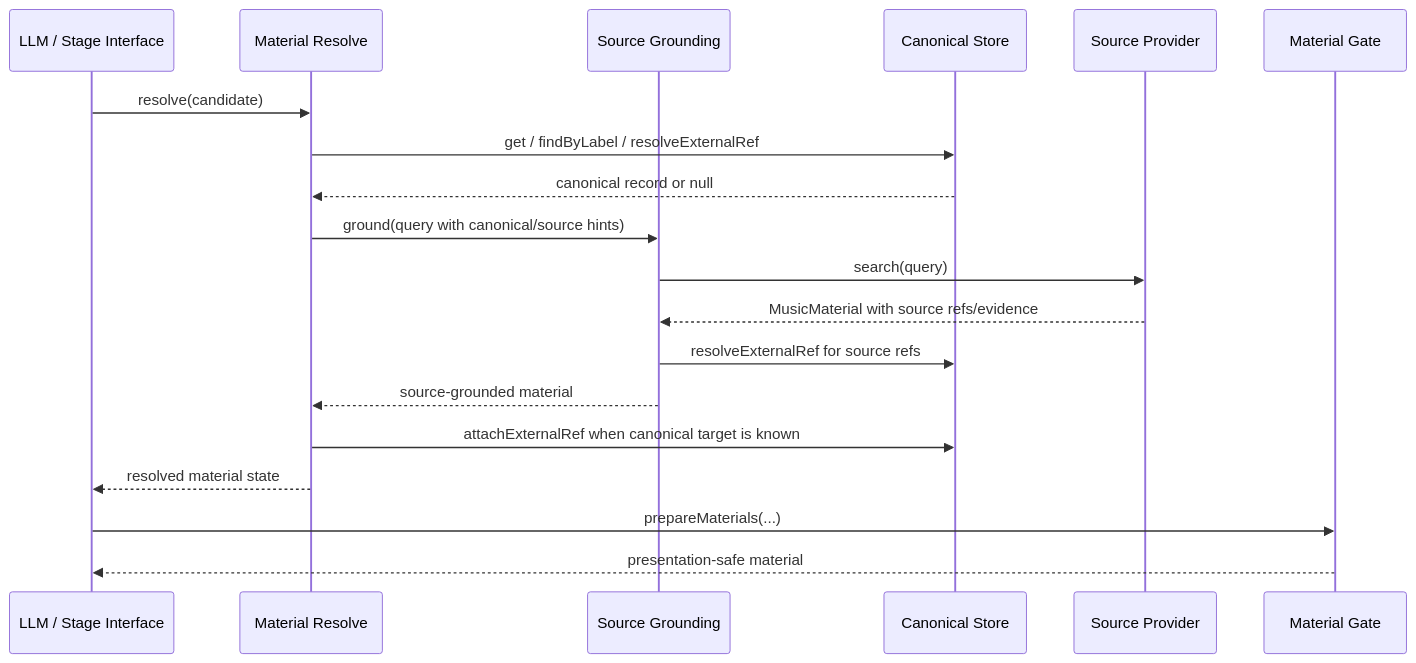
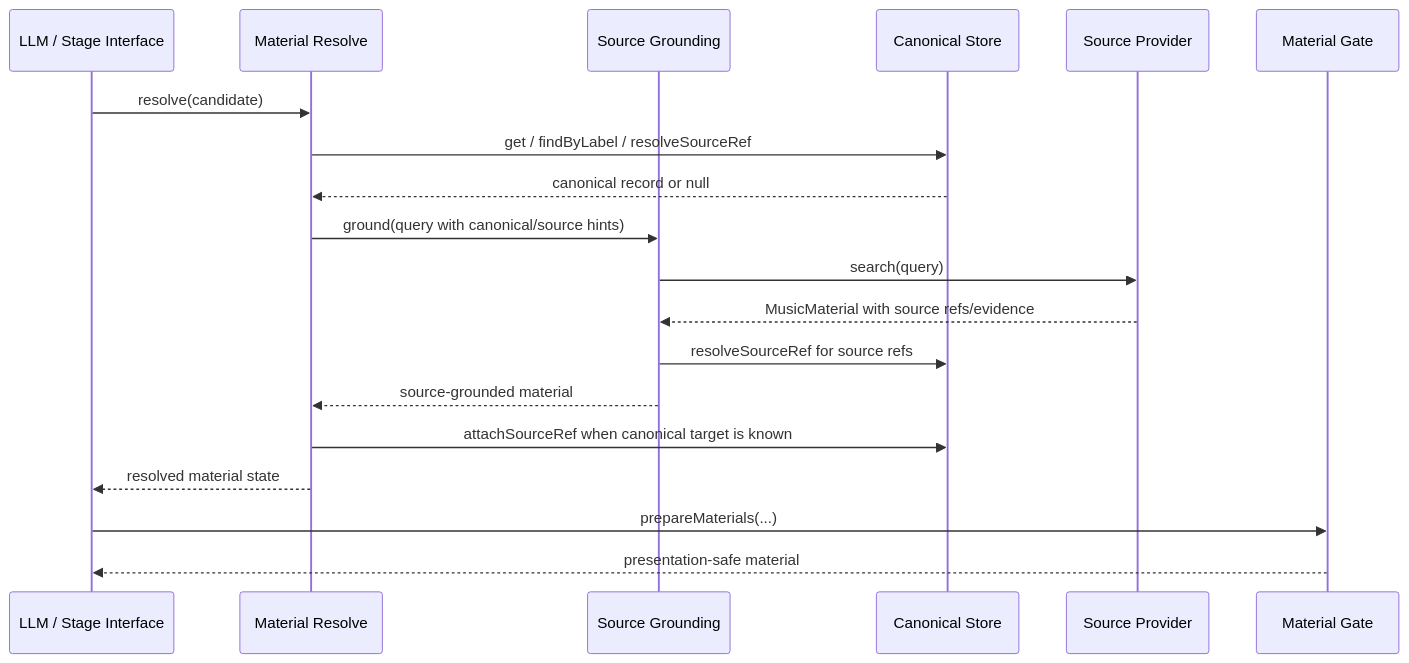
The second of 2 diagrams in docs/canonical-store/design.md (Odefined/MineMusic), drawn with Mermaid before and after one commit. The commit also changed other lines of this file and 43 other files, not shown here.

Commit message:
refactor canonical source refs

````diff
--- a/docs/canonical-store/design.md
+++ b/docs/canonical-store/design.md
@@ -145,22 +145,22 @@
 ```mermaid
 sequenceDiagram
     participant LLM as LLM / Stage Interface
     participant Resolve as Material Resolve
     participant Grounding as Source Grounding
     participant Canonical as Canonical Store
     participant Provider as Source Provider
     participant Gate as Material Gate
 
     LLM->>Resolve: resolve(candidate)
-    Resolve->>Canonical: get / findByLabel / resolveExternalRef
+    Resolve->>Canonical: get / findByLabel / resolveSourceRef
     Canonical-->>Resolve: canonical record or null
     Resolve->>Grounding: ground(query with canonical/source hints)
     Grounding->>Provider: search(query)
     Provider-->>Grounding: MusicMaterial with source refs/evidence
-    Grounding->>Canonical: resolveExternalRef for source refs
+    Grounding->>Canonical: resolveSourceRef for source refs
     Grounding-->>Resolve: source-grounded material
-    Resolve->>Canonical: attachExternalRef when canonical target is known
+    Resolve->>Canonical: attachSourceRef when canonical target is known
     Resolve-->>LLM: resolved material state
     LLM->>Gate: prepareMaterials(...)
     Gate-->>LLM: presentation-safe material
 ```
````
